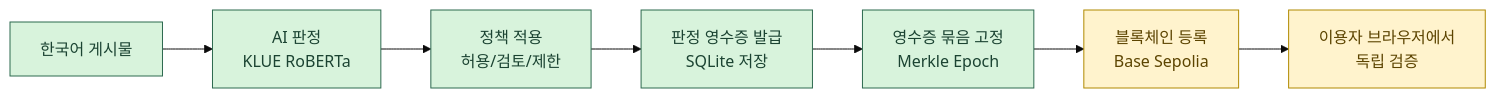
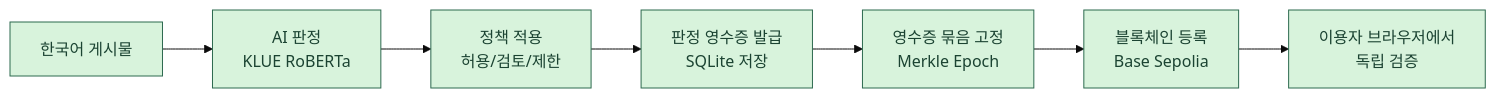
The diagram in README.md (jujinho03/verimod), drawn with Mermaid (base theme) before and after one commit. The commit also changed other lines of this file and 23 other files, not shown here.

````diff
--- a/README.md
+++ b/README.md
@@ -25,13 +25,11 @@
 ```mermaid
 flowchart LR
   A[한국어 게시물] --> B[AI 판정<br/>KLUE RoBERTa]
   B --> C[정책 적용<br/>허용/검토/제한]
   C --> D[판정 영수증 발급<br/>SQLite 저장]
   D --> E[영수증 묶음 고정<br/>Merkle Epoch]
   E --> F[블록체인 등록<br/>Base Sepolia]
   F --> G[이용자 브라우저에서<br/>독립 검증]
   classDef done fill:#d8f3dc,stroke:#2d6a4f,color:#1b4332
-  classDef todo fill:#fff3cd,stroke:#b08900,color:#5c4400
-  class A,B,C,D,E done
-  class F,G todo
+  class A,B,C,D,E,F,G done
 ```
````
